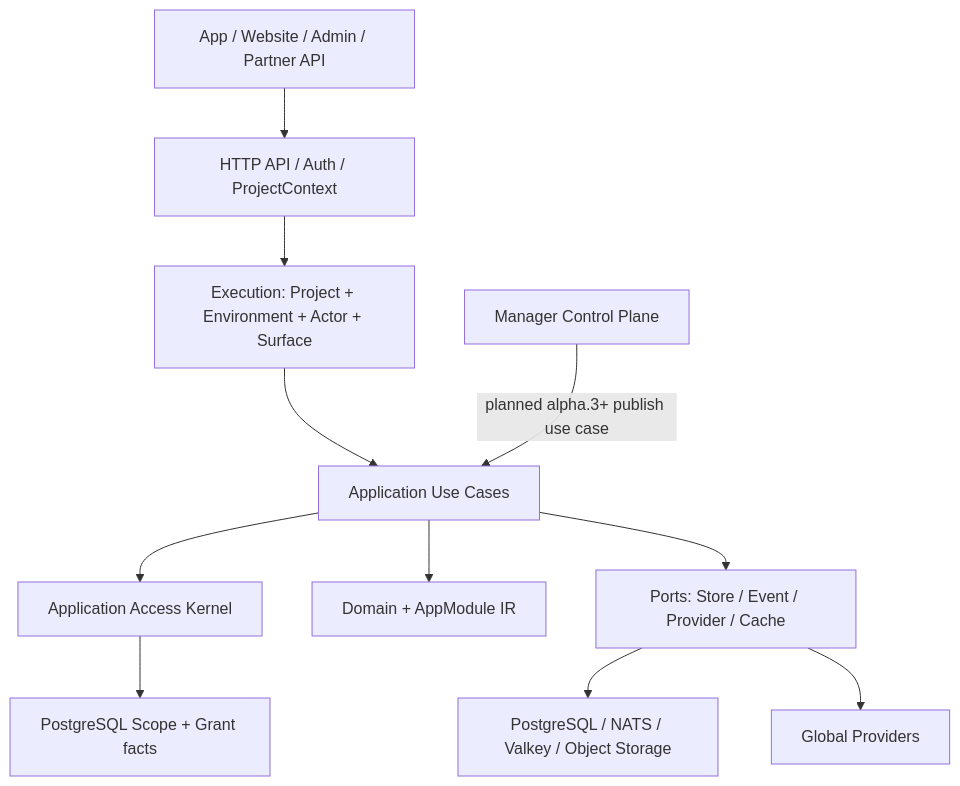
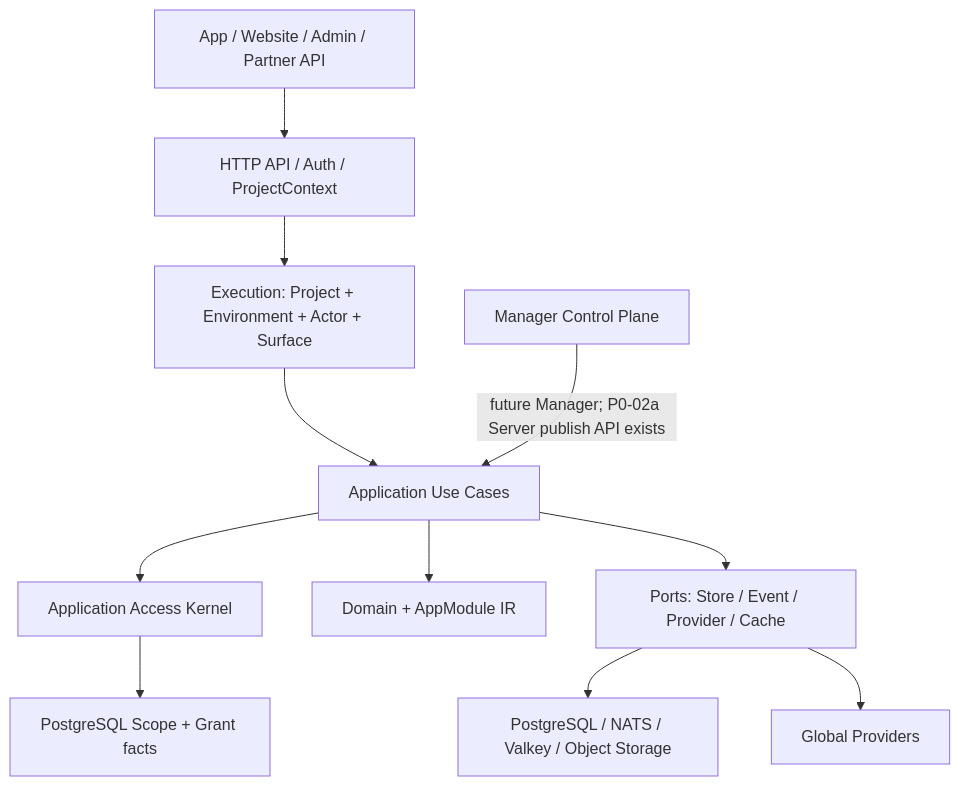
The first of 3 diagrams in docs/arch.md (shezw/panvara), drawn with Mermaid before and after one commit. The commit also changed other lines of this file and 58 other files, not shown here.

First line of the commit message:
feat(server): add immutable module publish facts

````diff
--- a/docs/arch.md
+++ b/docs/arch.md
@@ -32,24 +32,24 @@
 ```mermaid
 flowchart TB
     Client["App / Website / Admin / Partner API"]
     Edge["HTTP API / Auth / ProjectContext"]
     Execution["Execution: Project + Environment + Actor + Surface"]
     App["Application Use Cases"]
     Access["Application Access Kernel"]
     Domain["Domain + AppModule IR"]
     Ports["Ports: Store / Event / Provider / Cache"]
     Infra["PostgreSQL / NATS / Valkey / Object Storage"]
     Grants["PostgreSQL Scope + Grant facts"]
     Providers["Global Providers"]
     Control["Manager Control Plane"]
 
     Client --> Edge
     Edge --> Execution --> App
     App --> Access
     Access --> Grants
     App --> Domain
     App --> Ports
     Ports --> Infra
     Ports --> Providers
-    Control -->|"planned alpha.3+ publish use case"| App
+    Control -->|"future Manager; P0-02a Server publish API exists"| App
 ```
````
